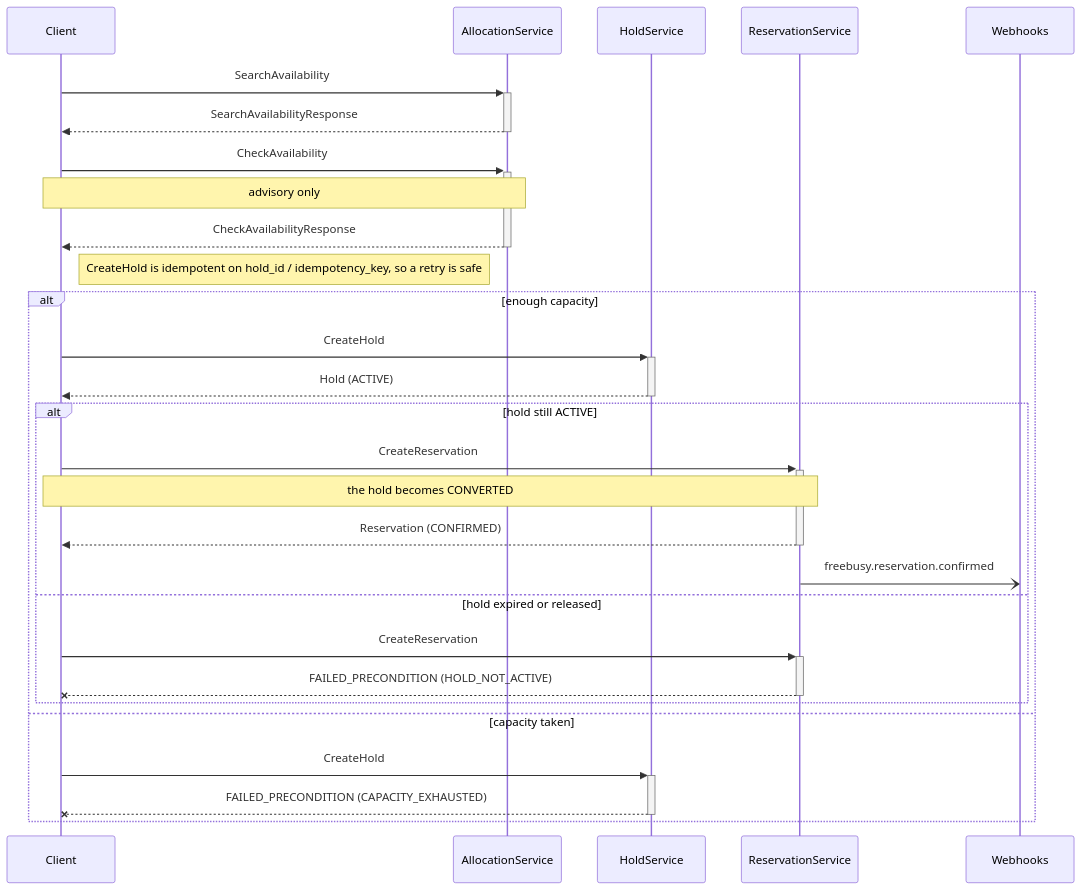
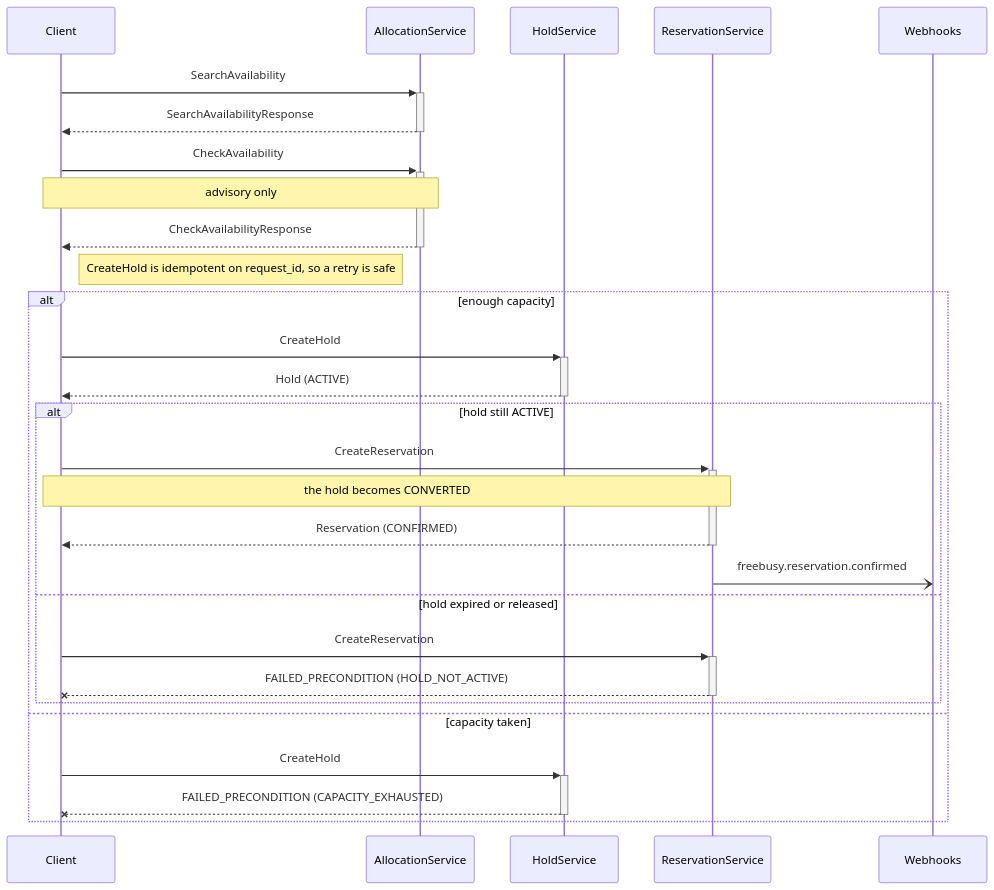
Before and after one commit to shokki-engineering/freebusy: the second of 5 diagrams in protobuf/freebusy/reservation/README.md, drawn with Mermaid. The commit also changed other lines of this file and 1157 other files, not shown here.

````diff
--- a/protobuf/freebusy/reservation/README.md
+++ b/protobuf/freebusy/reservation/README.md
@@ -52,30 +52,30 @@
 ```mermaid
 sequenceDiagram
     participant Client
     participant AllocationService
     participant HoldService
     participant ReservationService
     participant Webhooks
     Client->>+AllocationService: SearchAvailability
     AllocationService-->>-Client: SearchAvailabilityResponse
     Client->>+AllocationService: CheckAvailability
     Note over Client,AllocationService: advisory only
     AllocationService-->>-Client: CheckAvailabilityResponse
-    Note right of Client: CreateHold is idempotent on hold_id / idempotency_key, so a retry is safe
+    Note right of Client: CreateHold is idempotent on request_id, so a retry is safe
     alt enough capacity
         Client->>+HoldService: CreateHold
         HoldService-->>-Client: Hold (ACTIVE)
         alt hold still ACTIVE
             Client->>+ReservationService: CreateReservation
             Note over Client,ReservationService: the hold becomes CONVERTED
             ReservationService-->>-Client: Reservation (CONFIRMED)
             ReservationService-)Webhooks: freebusy.reservation.confirmed
         else hold expired or released
             Client->>+ReservationService: CreateReservation
             ReservationService--x-Client: FAILED_PRECONDITION (HOLD_NOT_ACTIVE)
         end
     else capacity taken
         Client->>+HoldService: CreateHold
         HoldService--x-Client: FAILED_PRECONDITION (CAPACITY_EXHAUSTED)
     end
 ```
````
